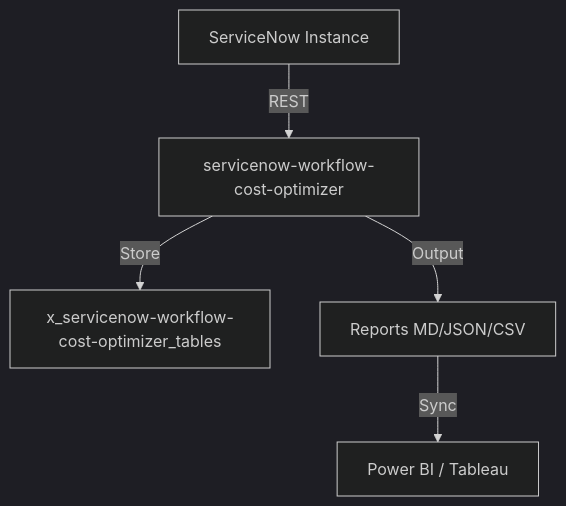
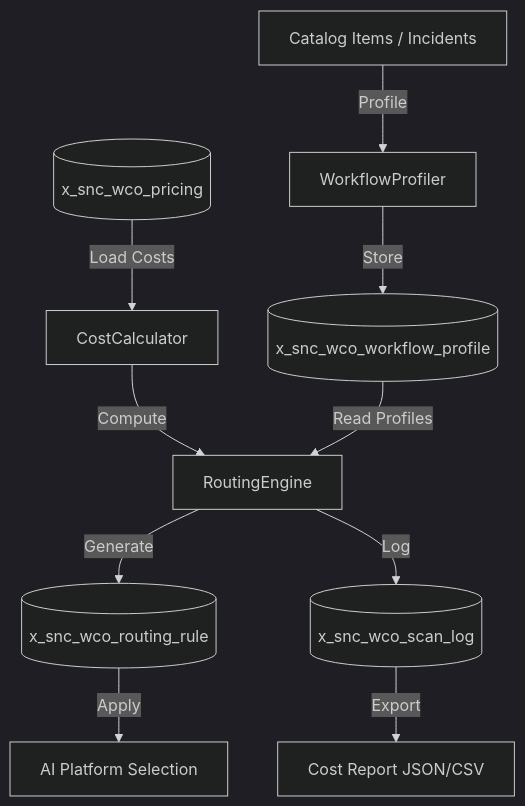
Before and after one commit to vladarchitectservicenow-oss/servicenow-workflow-cost-optimizer: the diagram in README.md, drawn with Mermaid (dark theme). The commit also changed other lines of this file and 14 other files, not shown here.

````diff
--- a/README.md
+++ b/README.md
@@ -100,7 +176,12 @@
 ```mermaid
 graph TD
-    SN[ServiceNow Instance] -->|REST| servicenow-workflow-cost-optimizer
-    servicenow-workflow-cost-optimizer -->|Store| DB[x_servicenow-workflow-cost-optimizer_tables]
-    servicenow-workflow-cost-optimizer -->|Output| Report[Reports MD/JSON/CSV]
-    Report -->|Sync| BI[Power BI / Tableau]
+    A[Catalog Items / Incidents] -->|Profile| B[WorkflowProfiler]
+    B -->|Store| C[(x_snc_wco_workflow_profile)]
+    D[(x_snc_wco_pricing)] -->|Load Costs| E[CostCalculator]
+    E -->|Compute| F[RoutingEngine]
+    C -->|Read Profiles| F
+    F -->|Generate| G[(x_snc_wco_routing_rule)]
+    F -->|Log| H[(x_snc_wco_scan_log)]
+    H -->|Export| I[Cost Report JSON/CSV]
+    G -->|Apply| J[AI Platform Selection]
 ```
````
